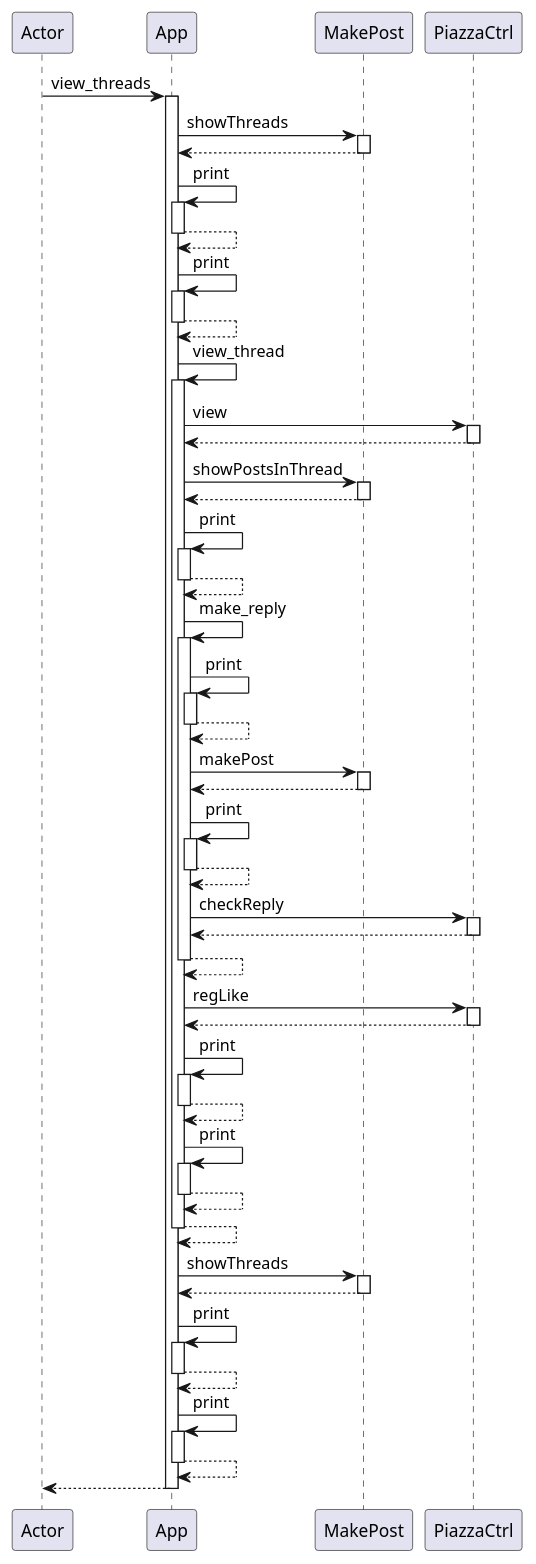
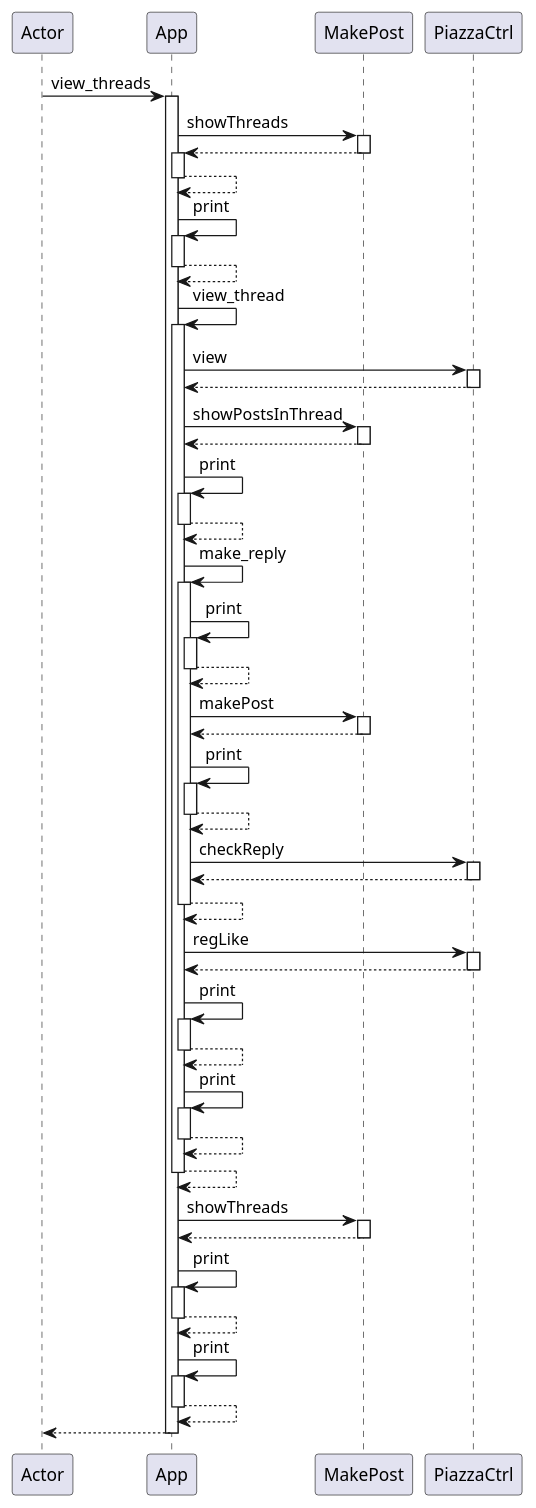
One commit to jonatanr2000/databaseprojsekt-del2 changed the diagram in ViewThreadsSequenceDiagram.puml. Above: the diagram before and after it, drawn with PlantUML. The commit also changed 3 other files, not shown here.

Commit message:
vegan uml

```diff
--- a/ViewThreadsSequenceDiagram.puml
+++ b/ViewThreadsSequenceDiagram.puml
@@ -1,78 +1,78 @@
 @startuml
 participant Actor
 Actor -> App : view_threads
 activate App
 App -> MakePost : showThreads
 activate MakePost
 MakePost --> App
 deactivate MakePost
-App -> App : print
+
 activate App
 App --> App
 deactivate App
 App -> App : print
 activate App
 App --> App
 deactivate App
 App -> App : view_thread
 activate App
 App -> PiazzaCtrl : view
 activate PiazzaCtrl
 PiazzaCtrl --> App
 deactivate PiazzaCtrl
 App -> MakePost : showPostsInThread
 activate MakePost
 MakePost --> App
 deactivate MakePost
 App -> App : print
 activate App
 App --> App
 deactivate App
 App -> App : make_reply
 activate App
 App -> App : print
 activate App
 App --> App
 deactivate App
 App -> MakePost : makePost
 activate MakePost
 MakePost --> App
 deactivate MakePost
 App -> App : print
 activate App
 App --> App
 deactivate App
 App -> PiazzaCtrl : checkReply
 activate PiazzaCtrl
 PiazzaCtrl --> App
 deactivate PiazzaCtrl
 App --> App
 deactivate App
 App -> PiazzaCtrl : regLike
 activate PiazzaCtrl
 PiazzaCtrl --> App
 deactivate PiazzaCtrl
 App -> App : print
 activate App
 App --> App
 deactivate App
 App -> App : print
 activate App
 App --> App
 deactivate App
 App --> App
 deactivate App
 App -> MakePost : showThreads
 activate MakePost
 MakePost --> App
 deactivate MakePost
 App -> App : print
 activate App
 App --> App
 deactivate App
 App -> App : print
 activate App
 App --> App
 deactivate App
 return
 @enduml
```
